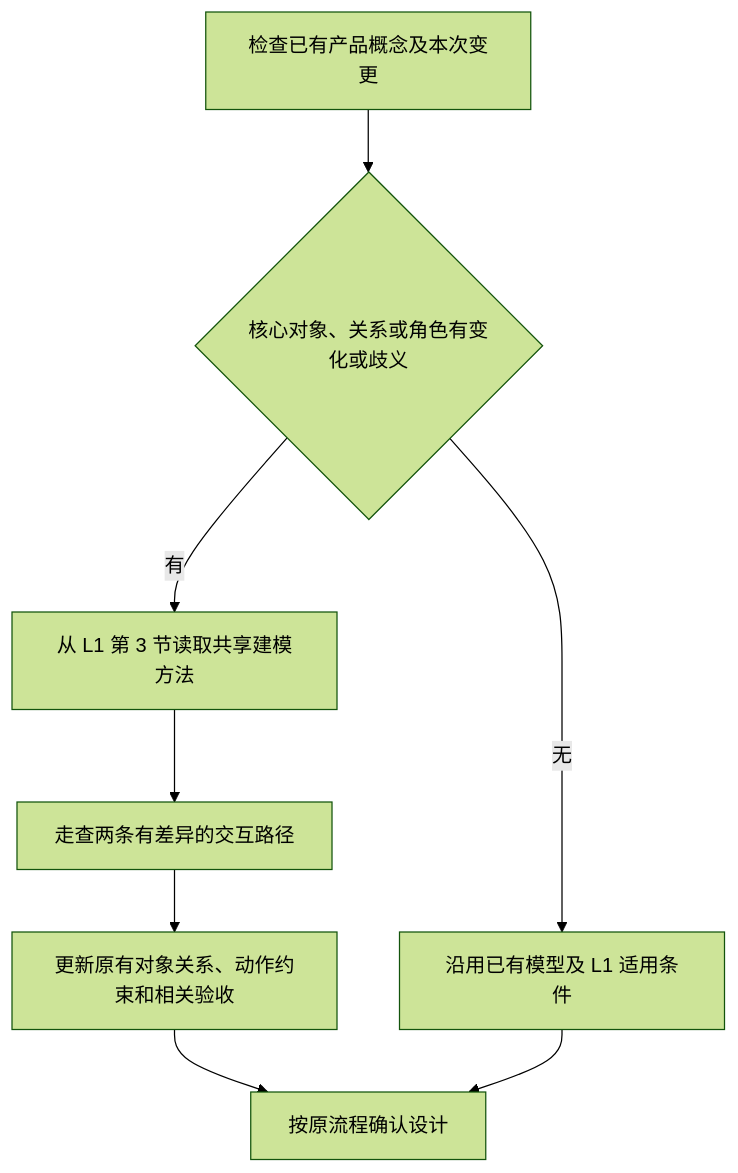
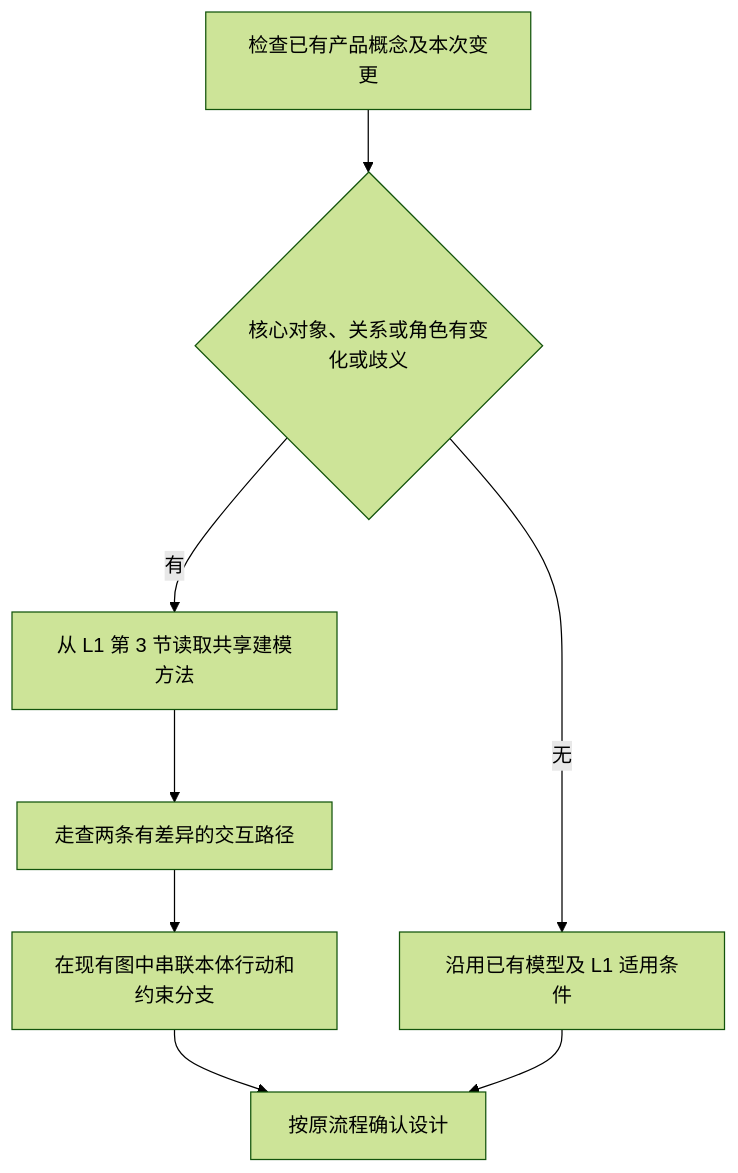
Before and after one commit to xforce-io/keel: the diagram in docs/design/62-product-ontology-method/product.md, drawn with Mermaid (forest theme). The commit also changed other lines of this file and 3 other files, not shown here.

````diff
--- a/docs/design/62-product-ontology-method/product.md
+++ b/docs/design/62-product-ontology-method/product.md
@@ -21,10 +21,10 @@
 ```mermaid
 flowchart TD
   A[检查已有产品概念及本次变更] --> B{核心对象、关系或角色有变化或歧义}
   B -->|有| C[从 L1 第 3 节读取共享建模方法]
   C --> D[走查两条有差异的交互路径]
-  D --> E[更新原有对象关系、动作约束和相关验收]
+  D --> E[在现有图中串联本体行动和约束分支]
   B -->|无| F[沿用已有模型及 L1 适用条件]
   E --> G[按原流程确认设计]
   F --> G
 ```
````
